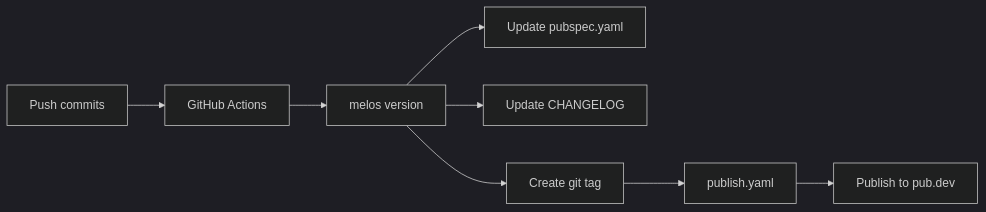
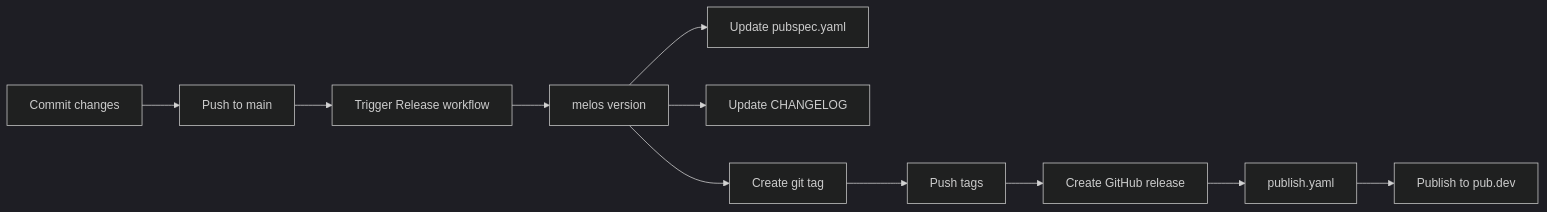
Before and after one commit to agustinusnathaniel/sznm_dart_packages: the diagram in website/guide/releasing.md, drawn with Mermaid (dark theme). The commit also changed other lines of this file and 1 other file, not shown here.

Commit message:
ci: fix release action

````diff
--- a/website/guide/releasing.md
+++ b/website/guide/releasing.md
@@ -15,10 +15,13 @@
 ```mermaid
-graph LR
-    A[Push commits] --> B[GitHub Actions]
-    B --> C[melos version]
-    C --> D[Update pubspec.yaml]
-    C --> E[Update CHANGELOG]
-    C --> F[Create git tag]
-    F --> G[publish.yaml]
-    G --> H[Publish to pub.dev]
+flowchart LR
+    A[Commit changes] --> B[Push to main]
+    B --> C[Trigger Release workflow]
+    C --> D[melos version]
+    D --> E[Update pubspec.yaml]
+    D --> F[Update CHANGELOG]
+    D --> G[Create git tag]
+    G --> H[Push tags]
+    H --> I[Create GitHub release]
+    I --> J[publish.yaml]
+    J --> K[Publish to pub.dev]
 ```
````
